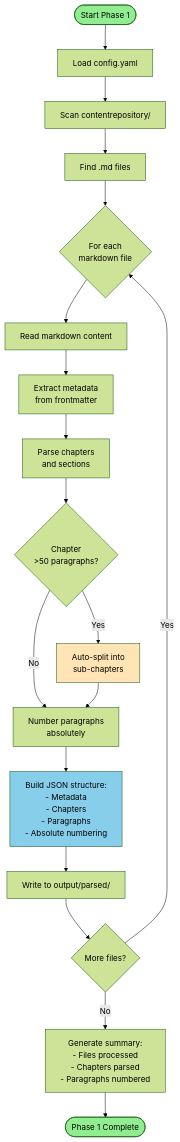
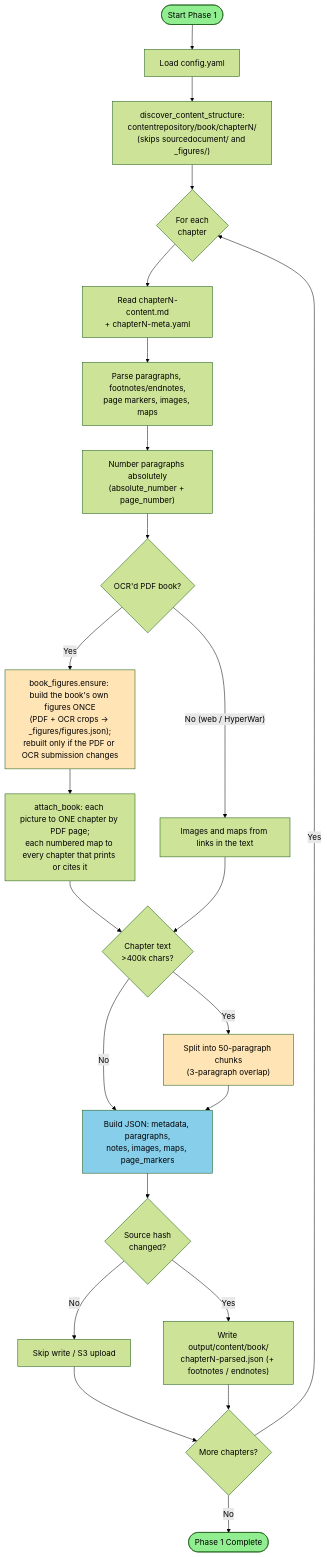
Before and after one commit to elasticfusion/SecondWorldWarAsData: the second of 12 diagrams in docs/current/core/WORKFLOW_DIAGRAMS.md, drawn with Mermaid (forest theme). The commit also changed other lines of this file and 8043 other files, not shown here.

````diff
--- a/docs/current/core/WORKFLOW_DIAGRAMS.md
+++ b/docs/current/core/WORKFLOW_DIAGRAMS.md
@@ -9,30 +52,35 @@
 ```mermaid
 flowchart TD
     Start([Start Phase 1]) --> LoadConfig[Load config.yaml]
-    LoadConfig --> ScanRepo[Scan contentrepository/]
-    ScanRepo --> FindMD[Find .md files]
-    
-    FindMD --> ForEach{For each<br/>markdown file}
-    ForEach --> ReadMD[Read markdown content]
-    ReadMD --> ExtractMeta[Extract metadata<br/>from frontmatter]
-    ExtractMeta --> ParseChapters[Parse chapters<br/>and sections]
-    
-    ParseChapters --> SplitCheck{Chapter<br/>>50 paragraphs?}
-    SplitCheck -->|Yes| AutoSplit[Auto-split into<br/>sub-chapters]
-    SplitCheck -->|No| NumberParas[Number paragraphs<br/>absolutely]
-    AutoSplit --> NumberParas
-    
-    NumberParas --> BuildJSON[Build JSON structure:<br/>- Metadata<br/>- Chapters<br/>- Paragraphs<br/>- Absolute numbering]
-    
-    BuildJSON --> WriteOutput[Write to output/parsed/]
-    WriteOutput --> NextFile{More files?}
+    LoadConfig --> Discover["discover_content_structure:<br/>contentrepository/book/chapterN/<br/>(skips sourcedocument/ and _figures/)"]
+    Discover --> ForEach{For each<br/>chapter}
+    ForEach --> ReadMD["Read chapterN-content.md<br/>+ chapterN-meta.yaml"]
+    ReadMD --> ParseChapters["Parse paragraphs, footnotes/endnotes,<br/>page markers, images, maps"]
+    ParseChapters --> NumberParas["Number paragraphs absolutely<br/>(absolute_number + page_number)"]
+
+    NumberParas --> OCR{"OCR'd PDF book?"}
+    OCR -->|Yes| Figures["book_figures.ensure: build the book's own figures ONCE<br/>(PDF + OCR crops -> _figures/figures.json);<br/>rebuilt only if the PDF or OCR submission changes"]
+    OCR -->|"No (web / HyperWar)"| Links["Images and maps from links in the text"]
+    Figures --> Attach["attach_book: each picture to ONE chapter by PDF page;<br/>each numbered map to every chapter that prints or cites it"]
+    Attach --> SizeCheck
+    Links --> SizeCheck
+
+    SizeCheck{"Chapter text<br/>>400k chars?"}
+    SizeCheck -->|Yes| AutoSplit["Split into 50-paragraph chunks<br/>(3-paragraph overlap)"]
+    SizeCheck -->|No| BuildJSON
+    AutoSplit --> BuildJSON
+
+    BuildJSON["Build JSON: metadata, paragraphs,<br/>notes, images, maps, page_markers"] --> Hash{"Source hash<br/>changed?"}
+    Hash -->|No| Skip["Skip write / S3 upload"]
+    Hash -->|Yes| WriteOutput["Write output/content/book/<br/>chapterN-parsed.json (+ footnotes / endnotes)"]
+    Skip --> NextFile
+    WriteOutput --> NextFile{More chapters?}
     NextFile -->|Yes| ForEach
-    NextFile -->|No| Summary[Generate summary:<br/>- Files processed<br/>- Chapters parsed<br/>- Paragraphs numbered]
-    
-    Summary --> End([Phase 1 Complete])
-    
+    NextFile -->|No| End([Phase 1 Complete])
+
     style Start fill:#90EE90
     style End fill:#90EE90
     style AutoSplit fill:#FFE4B5
+    style Figures fill:#FFE4B5
     style BuildJSON fill:#87CEEB
 ```
````
